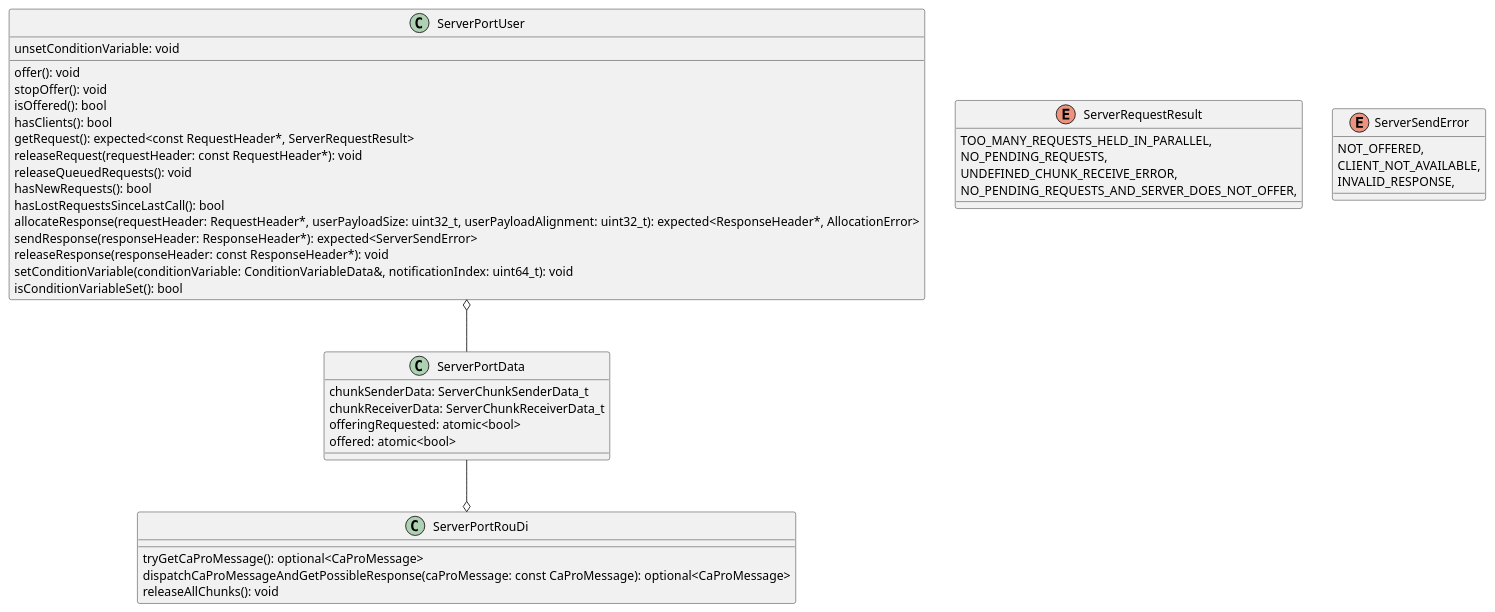
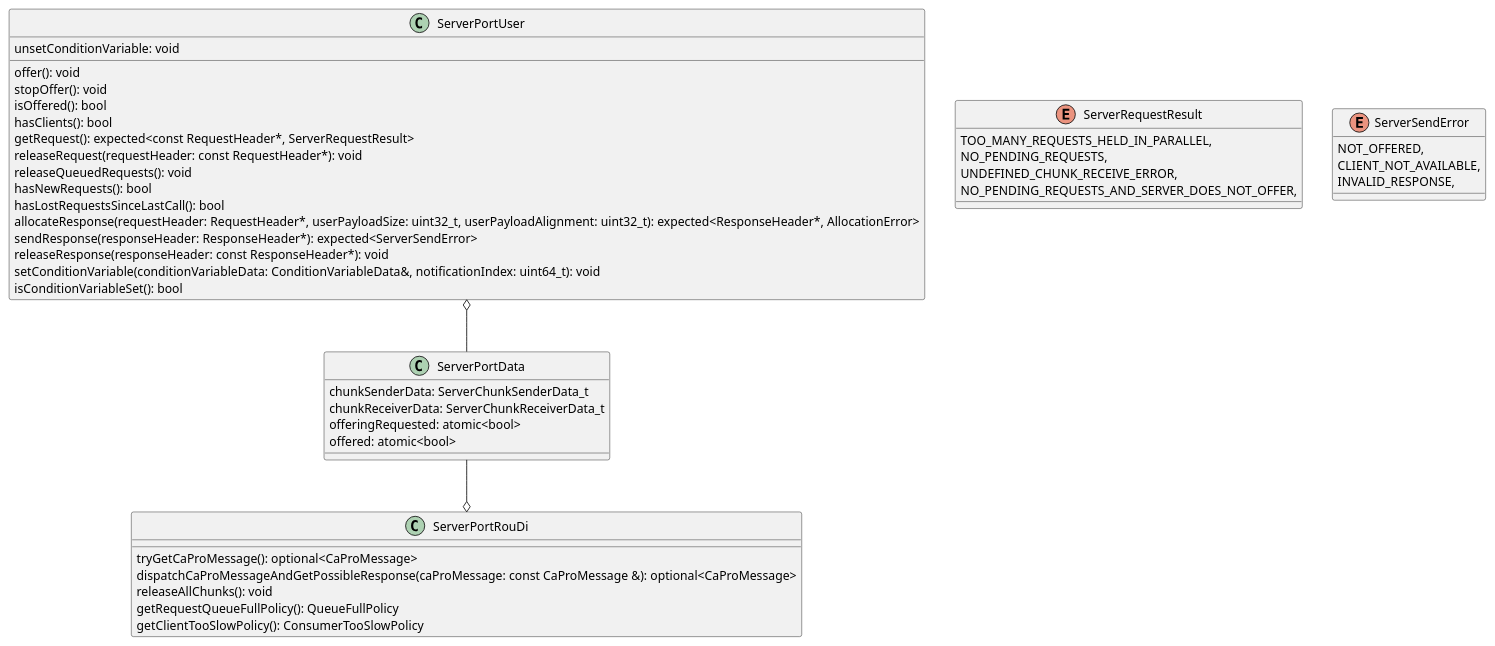
Before and after one commit to eclipse-iceoryx/iceoryx: the diagram in doc/design/diagrams/request_response/server_port.puml, drawn with PlantUML. The commit also changed 4 other files, not shown here.

```diff
--- a/doc/design/diagrams/request_response/server_port.puml
+++ b/doc/design/diagrams/request_response/server_port.puml
@@ -1,51 +1,53 @@
 @startuml
 
 class ServerPortData {
   chunkSenderData: ServerChunkSenderData_t
   chunkReceiverData: ServerChunkReceiverData_t
   offeringRequested: atomic<bool>
   offered: atomic<bool>
 }
 
 
 enum ServerRequestResult {
     TOO_MANY_REQUESTS_HELD_IN_PARALLEL,
     NO_PENDING_REQUESTS,
     UNDEFINED_CHUNK_RECEIVE_ERROR,
     NO_PENDING_REQUESTS_AND_SERVER_DOES_NOT_OFFER,
 }
 
 enum ServerSendError {
     NOT_OFFERED,
     CLIENT_NOT_AVAILABLE,
     INVALID_RESPONSE,
 }
 
 class ServerPortUser {
   offer(): void
   stopOffer(): void
   isOffered(): bool
   hasClients(): bool
   getRequest(): expected<const RequestHeader*, ServerRequestResult>
   releaseRequest(requestHeader: const RequestHeader*): void
   releaseQueuedRequests(): void
   hasNewRequests(): bool
   hasLostRequestsSinceLastCall(): bool
   allocateResponse(requestHeader: RequestHeader*, userPayloadSize: uint32_t, userPayloadAlignment: uint32_t): expected<ResponseHeader*, AllocationError>
   sendResponse(responseHeader: ResponseHeader*): expected<ServerSendError>
   releaseResponse(responseHeader: const ResponseHeader*): void
-  setConditionVariable(conditionVariable: ConditionVariableData&, notificationIndex: uint64_t): void
+  setConditionVariable(conditionVariableData: ConditionVariableData&, notificationIndex: uint64_t): void
   unsetConditionVariable: void
   isConditionVariableSet(): bool
 }
 
 class ServerPortRouDi {
   tryGetCaProMessage(): optional<CaProMessage>
-  dispatchCaProMessageAndGetPossibleResponse(caProMessage: const CaProMessage): optional<CaProMessage>
+  dispatchCaProMessageAndGetPossibleResponse(caProMessage: const CaProMessage &): optional<CaProMessage>
   releaseAllChunks(): void
+  getRequestQueueFullPolicy(): QueueFullPolicy
+  getClientTooSlowPolicy(): ConsumerTooSlowPolicy
 }
 
 ServerPortUser o-- ServerPortData
 ServerPortData --o ServerPortRouDi
 
 @enduml
```
